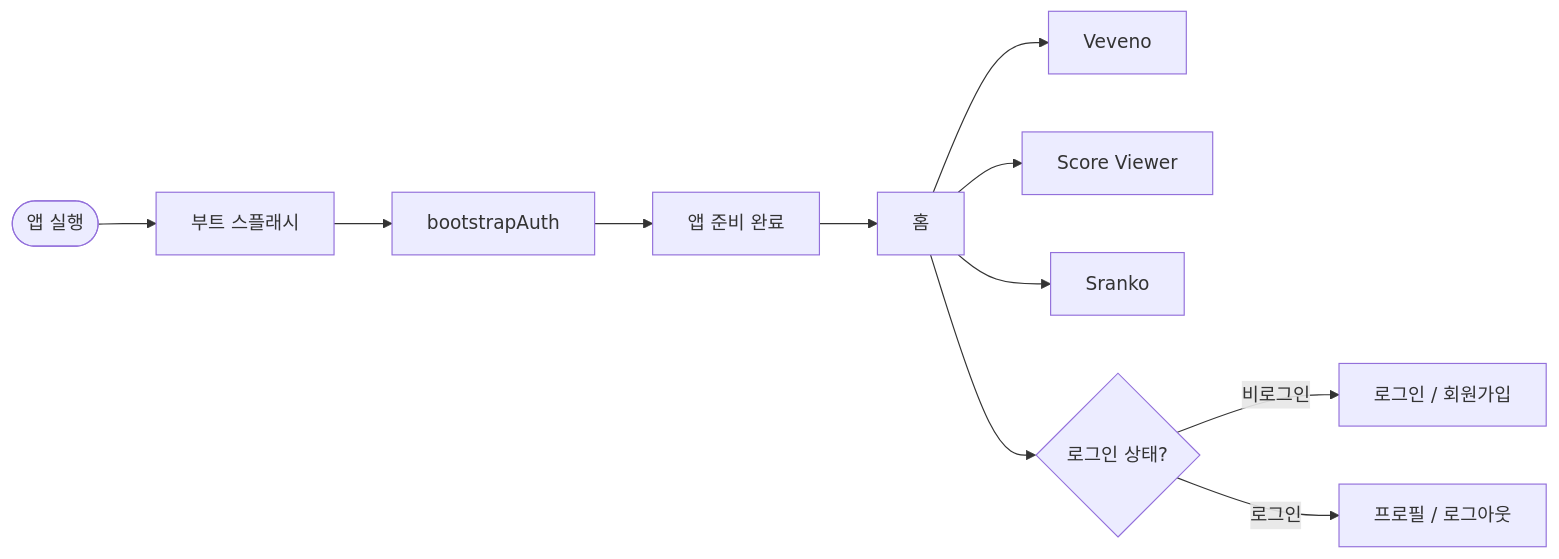
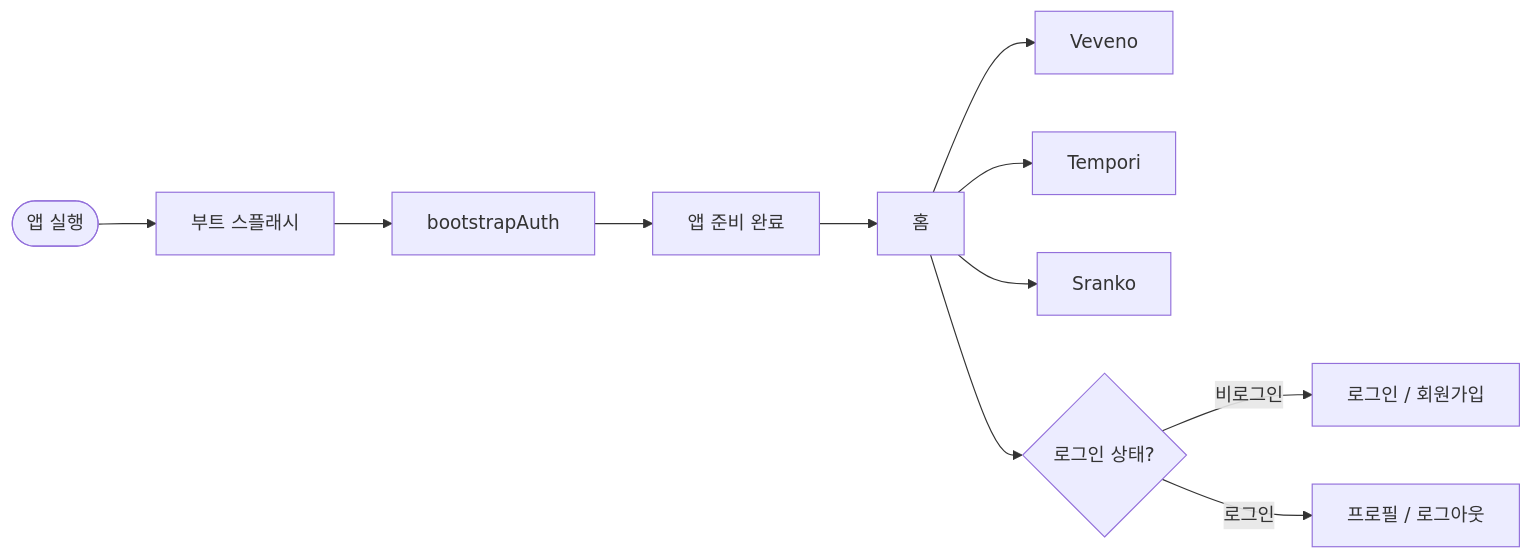
One commit to ohdeg/PBB changed the first of 28 diagrams in docs/PBB-유저-흐름도.md. Above: the diagram before and after it, drawn with Mermaid. The commit also changed other lines of this file and 151 other files, not shown here.

````diff
--- a/docs/PBB-유저-흐름도.md
+++ b/docs/PBB-유저-흐름도.md
@@ -18,14 +18,14 @@
 ```mermaid
 flowchart LR
     start([앱 실행]) --> splash[부트 스플래시]
     splash --> boot[bootstrapAuth]
     boot --> ready[앱 준비 완료]
     ready --> home[홈]
 
     home --> brew[Veveno]
-    home --> score[Score Viewer]
+    home --> score[Tempori]
     home --> sranko[Sranko]
     home --> authCheck{로그인 상태?}
     authCheck -->|"비로그인"| loginEntry[로그인 / 회원가입]
     authCheck -->|"로그인"| profileEntry[프로필 / 로그아웃]
 ```
````
